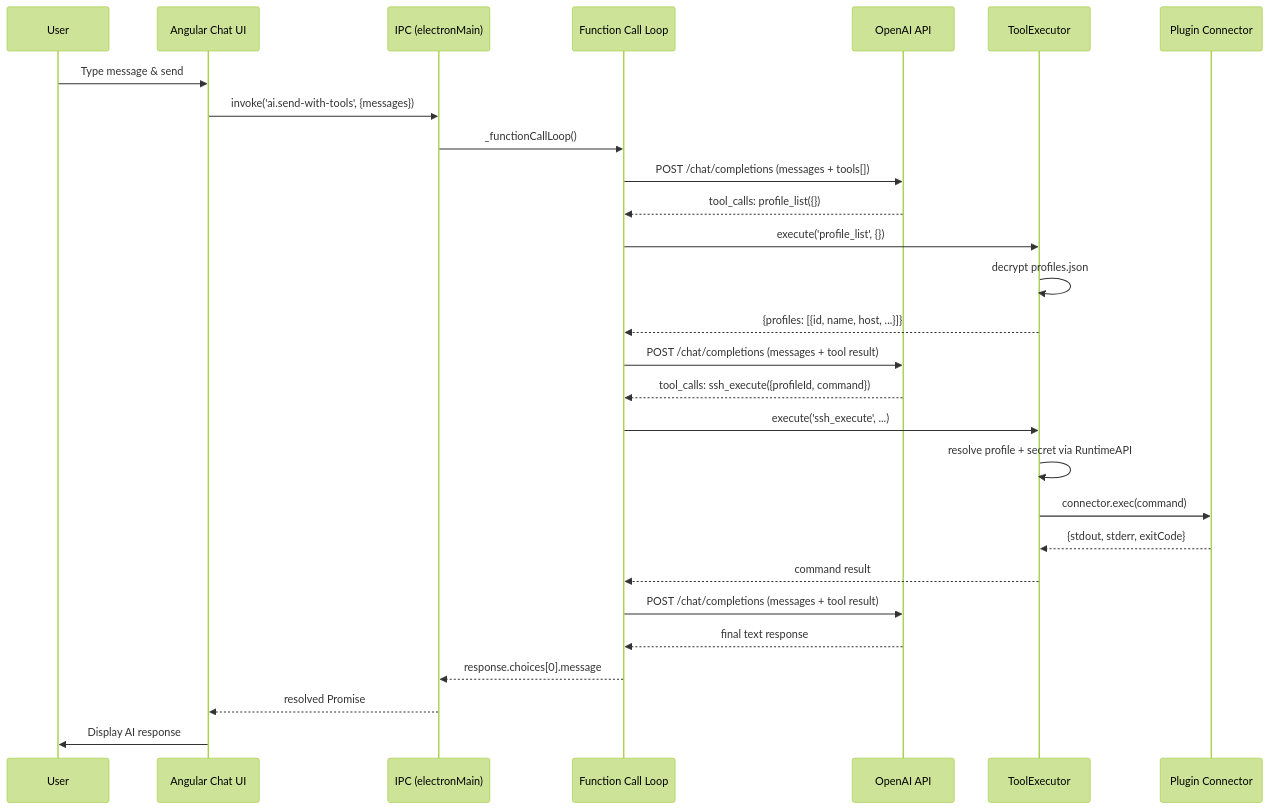
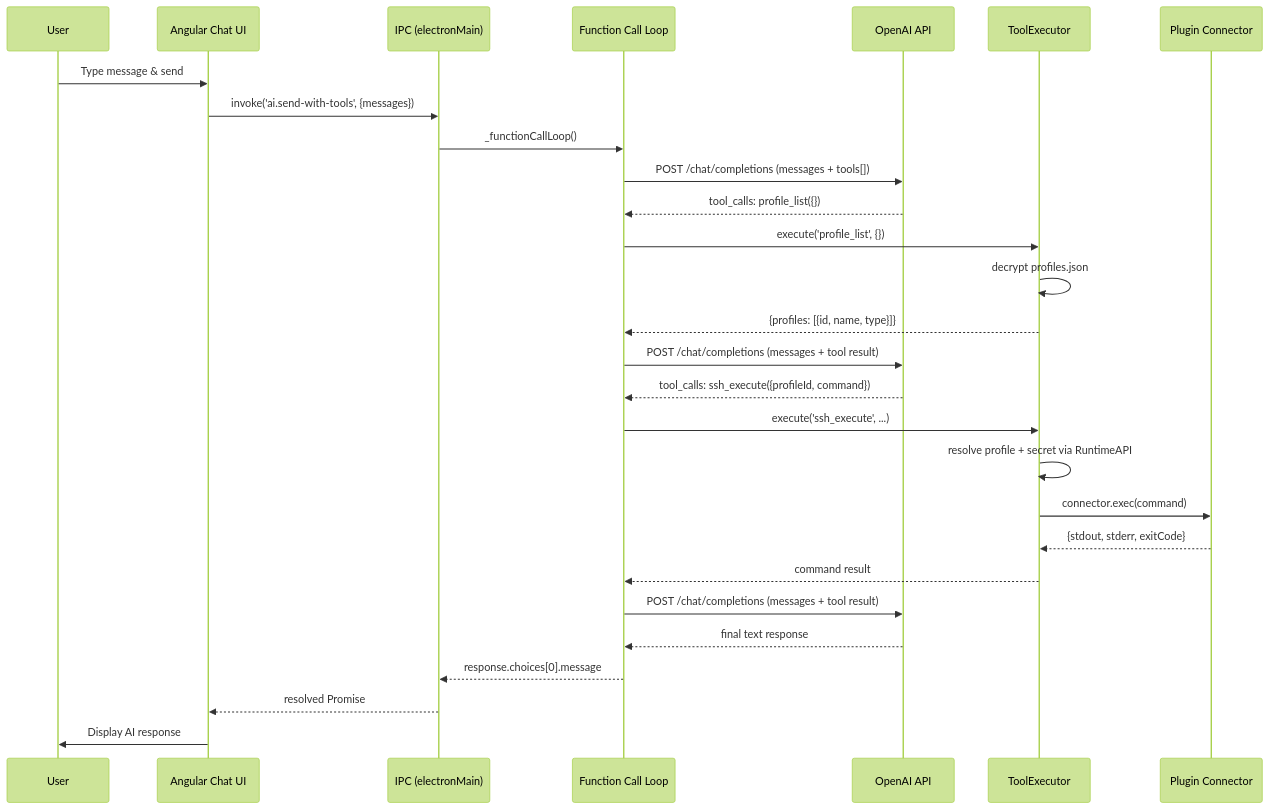
Before and after one commit to invince/YAET: the diagram in AI-Integration.md, drawn with Mermaid (forest theme). The commit also changed other lines of this file and 14 other files, not shown here.

````diff
--- a/AI-Integration.md
+++ b/AI-Integration.md
@@ -241,31 +241,31 @@
 ```mermaid
 sequenceDiagram
     participant User as User
     participant Angular as Angular Chat UI
     participant IPC as IPC (electronMain)
     participant AILoop as Function Call Loop
     participant OpenAI as OpenAI API
     participant TE as ToolExecutor
     participant Plugin as Plugin Connector
 
     User->>Angular: Type message & send
     Angular->>IPC: invoke('ai.send-with-tools', {messages})
     IPC->>AILoop: _functionCallLoop()
     AILoop->>OpenAI: POST /chat/completions (messages + tools[])
     OpenAI-->>AILoop: tool_calls: profile_list({})
     AILoop->>TE: execute('profile_list', {})
     TE->>TE: decrypt profiles.json
-    TE-->>AILoop: {profiles: [{id, name, host, ...}]}
+    TE-->>AILoop: {profiles: [{id, name, type}]}
     AILoop->>OpenAI: POST /chat/completions (messages + tool result)
     OpenAI-->>AILoop: tool_calls: ssh_execute({profileId, command})
     AILoop->>TE: execute('ssh_execute', ...)
     TE->>TE: resolve profile + secret via RuntimeAPI
     TE->>Plugin: connector.exec(command)
     Plugin-->>TE: {stdout, stderr, exitCode}
     TE-->>AILoop: command result
     AILoop->>OpenAI: POST /chat/completions (messages + tool result)
     OpenAI-->>AILoop: final text response
     AILoop-->>IPC: response.choices[0].message
     IPC-->>Angular: resolved Promise
     Angular->>User: Display AI response
 ```
````
